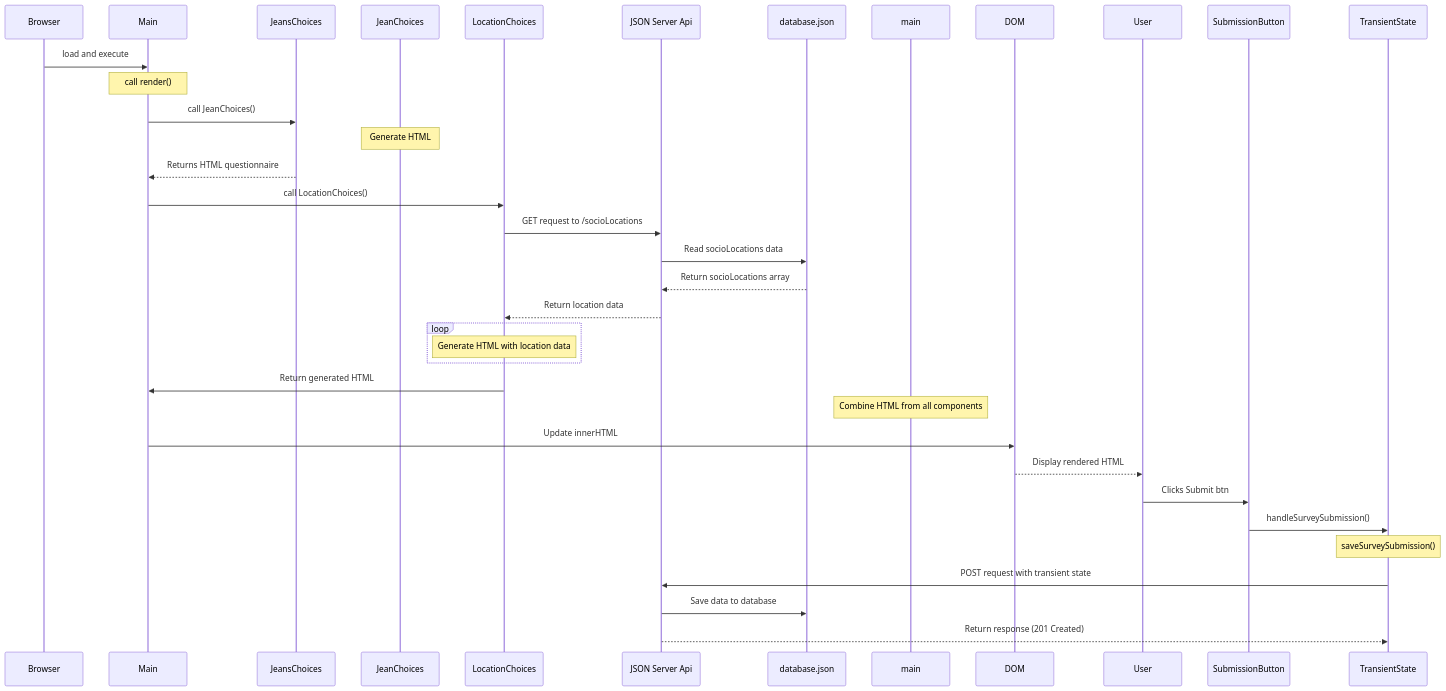
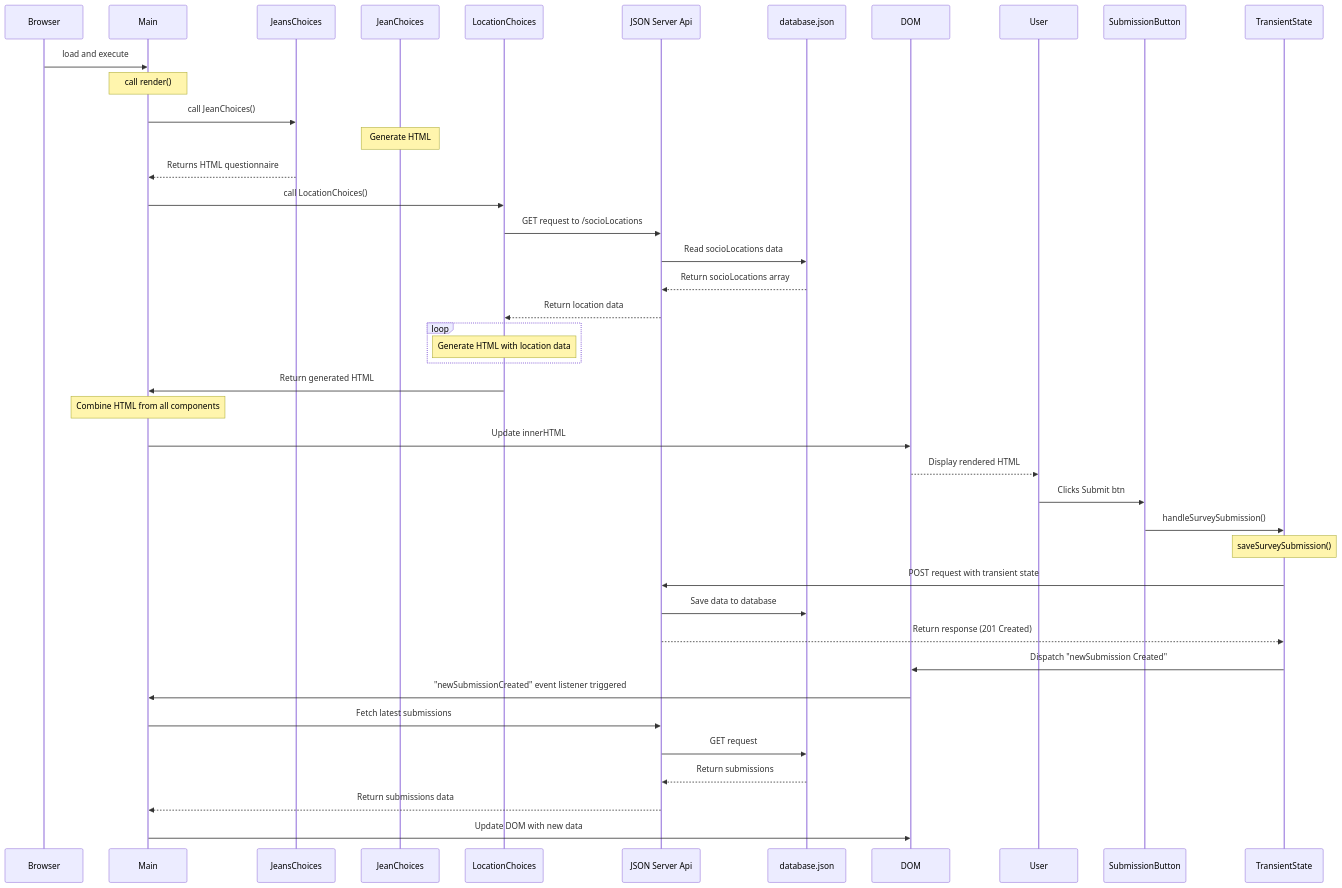
The diagram in seq.mmd (patrick-mcisaac/Indiana-Jeans), drawn with Mermaid before and after one commit. The commit also changed 4 other files, not shown here.

```diff
--- a/seq.mmd
+++ b/seq.mmd
@@ -1,44 +1,58 @@
 sequenceDiagram
 Browser ->> Main: load and execute
 
 Note over Main: call render()
 
 Main ->> JeansChoices: call JeanChoices()
 
 Note over JeanChoices: Generate HTML
 
 JeansChoices -->> Main: Returns HTML questionnaire
 
 Main ->> LocationChoices: call LocationChoices()
 
 LocationChoices ->> JSON Server Api: GET request to /socioLocations
 
 JSON Server Api ->> database.json: Read socioLocations data
 
 database.json -->> JSON Server Api: Return socioLocations array
 
 JSON Server Api -->> LocationChoices: Return location data
 
 loop
     Note over LocationChoices: Generate HTML with location data
 end
 
 LocationChoices ->> Main: Return generated HTML
 
-Note over main: Combine HTML from all components
+Note over Main: Combine HTML from all components
 
 Main ->> DOM: Update innerHTML
 
 DOM -->> User: Display rendered HTML
 
 User ->> SubmissionButton: Clicks Submit btn
 
 SubmissionButton ->> TransientState: handleSurveySubmission()
 
 Note over TransientState: saveSurveySubmission()
 
 TransientState ->> JSON Server Api: POST request with transient state
 
 JSON Server Api ->> database.json: Save data to database
 
 JSON Server Api -->> TransientState: Return response (201 Created)
+
+TransientState ->> DOM: Dispatch "newSubmission Created"
+
+DOM ->> Main: "newSubmissionCreated" event listener triggered
+
+Main ->> JSON Server Api: Fetch latest submissions
+
+JSON Server Api ->> database.json: GET request
+
+database.json -->> JSON Server Api: Return submissions
+
+JSON Server Api -->> Main: Return submissions data
+
+Main ->> DOM: Update DOM with new data
```
